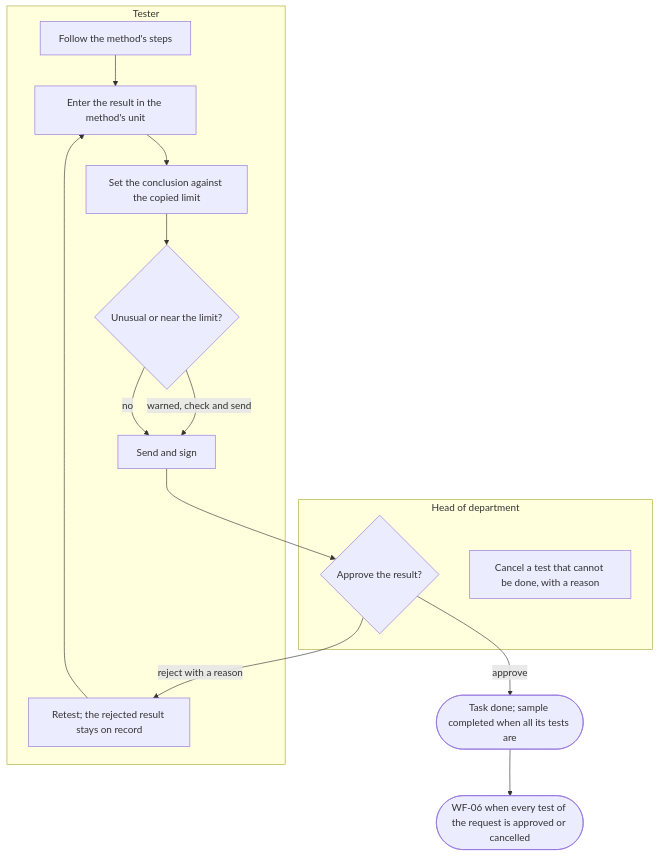
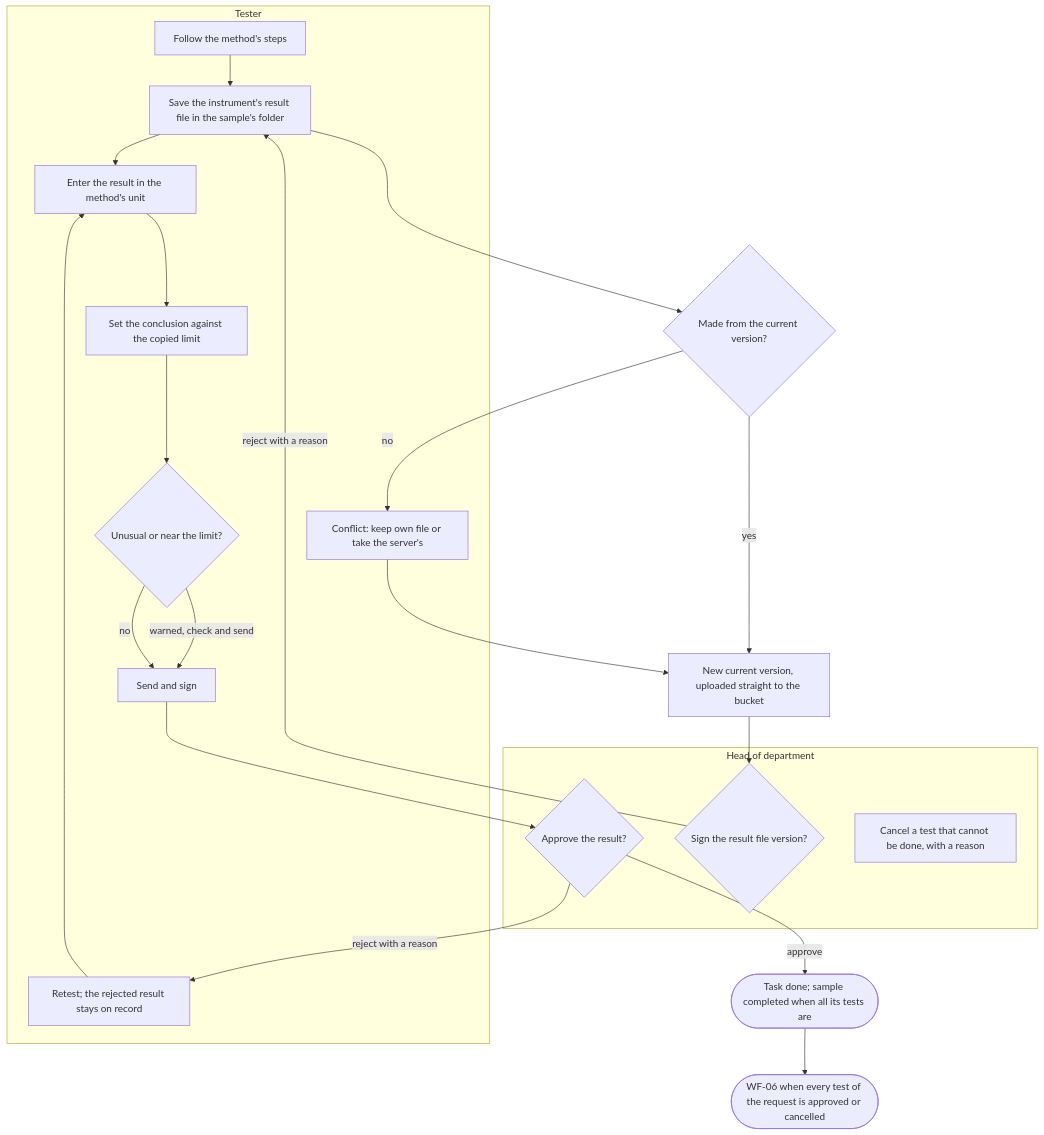
Before and after one commit to SoltuneMontepre/medilab: the fourth of 17 diagrams in docs/functional/business-flows.md, drawn with Mermaid. The commit also changed other lines of this file, not shown here.

Commit message:
[docs] Fold laboratory files into result entry and add their administration flow

````diff
--- a/docs/functional/business-flows.md
+++ b/docs/functional/business-flows.md
@@ -171,19 +178,26 @@
 ```mermaid
 flowchart TD
     subgraph lane10 ["Tester"]
-        t1[Follow the method's steps] --> t2[Enter the result in the method's unit]
+        t1[Follow the method's steps] --> t0[Save the instrument's result file in the sample's folder]
+        t0 --> t2[Enter the result in the method's unit]
         t2 --> t3[Set the conclusion against the copied limit]
         t3 --> t4{Unusual or near the limit?}
         t4 -->|warned, check and send| t5[Send and sign]
         t4 -->|no| t5
-        t6["Retest; the rejected result stays on record"]
+        t6[Retest; the rejected result stays on record]
+        t7["Conflict: keep own file or take the server's"]
     end
     subgraph lane11 ["Head of department"]
         h1{Approve the result?}
-        h2[Cancel a test that cannot be done, with a reason]
+        h2{Sign the result file version?}
+        h3[Cancel a test that cannot be done, with a reason]
     end
+    t0 --> sync{Made from the current version?}
+    sync -->|yes| v[New current version, uploaded straight to the bucket] --> h2
+    sync -->|no| t7 --> v
+    h2 -->|reject with a reason| t0
     t5 --> h1
     h1 -->|reject with a reason| t6 --> t2
-    h1 -->|approve| done(["Task done; sample completed when all its tests are"])
+    h1 -->|approve| done([Task done; sample completed when all its tests are])
     done --> wf06([WF-06 when every test of the request is approved or cancelled])
 ```
````
